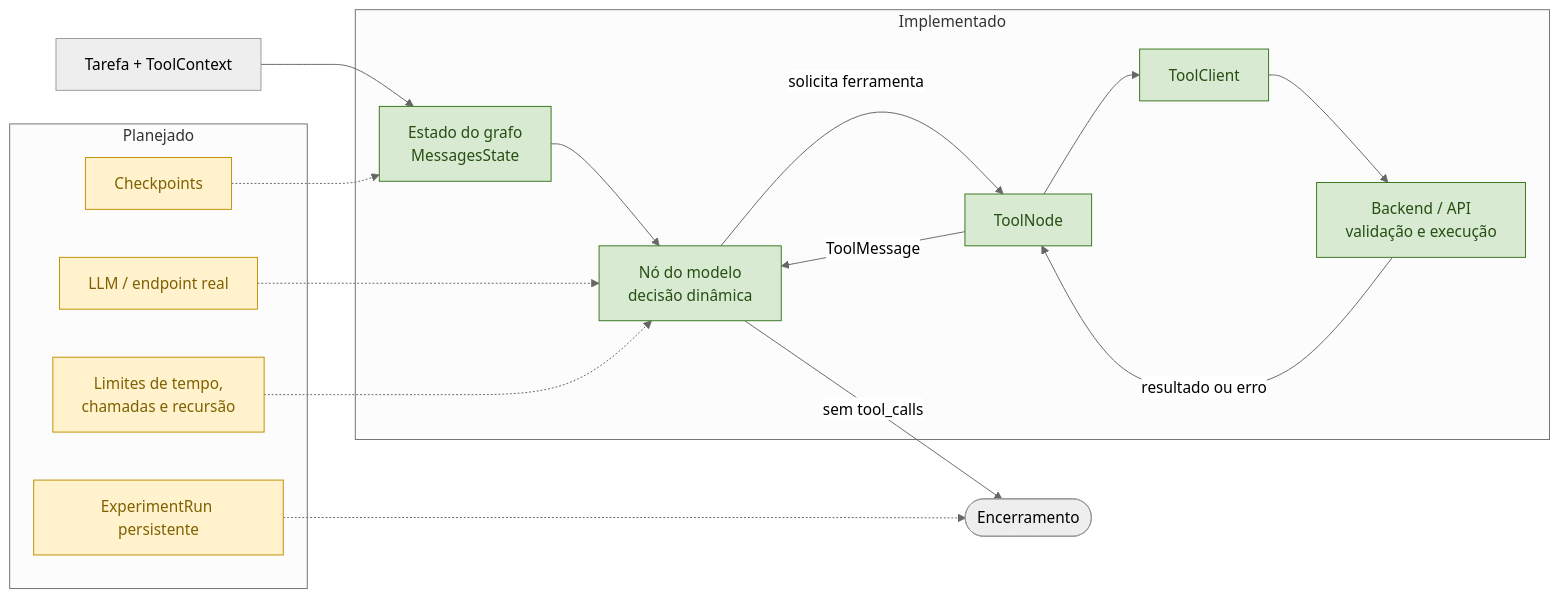
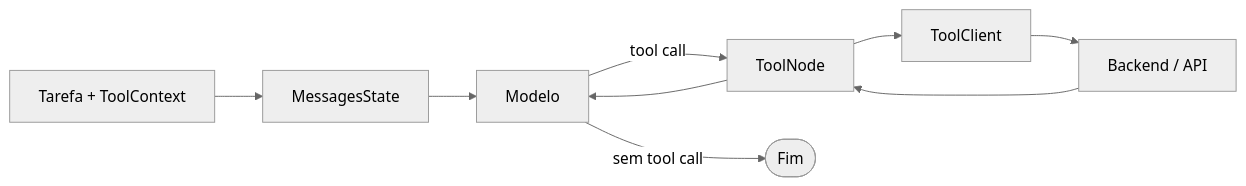
One commit to CIIA-DF/benchmark-ciia-hermes changed the diagram in agents/langgraph/README.md. Above: the diagram before and after it, drawn with Mermaid (neutral theme). The commit also changed other lines of this file, not shown here.

````diff
--- a/agents/langgraph/README.md
+++ b/agents/langgraph/README.md
@@ -12,36 +7,10 @@
 ```mermaid
 flowchart LR
-    T["Tarefa + ToolContext"] --> S["Estado do grafo<br/>MessagesState"]
-    S --> M["Nó do modelo<br/>decisão dinâmica"]
-    M -->|"solicita ferramenta"| TN["ToolNode"]
-    TN --> TC["ToolClient"]
-    TC --> B["Backend / API<br/>validação e execução"]
-    B -->|"resultado ou erro"| TN
-    TN -->|"ToolMessage"| M
-    M -->|"sem tool_calls"| E(["Encerramento"])
-
-    subgraph FEITO["Implementado"]
-        S
-        M
-        TN
-        TC
-        B
-    end
-
-    subgraph PLANEJADO["Planejado"]
-        L["LLM / endpoint real"]
-        CP["Checkpoints"]
-        LIM["Limites de tempo,<br/>chamadas e recursão"]
-        ER["ExperimentRun persistente"]
-    end
-
-    L -.-> M
-    CP -.-> S
-    LIM -.-> M
-    ER -.-> E
-
-    classDef feito fill:#d9ead3,stroke:#38761d,color:#274e13
-    classDef planejado fill:#fff2cc,stroke:#bf9000,color:#7f6000
-    class S,M,TN,TC,B feito
-    class L,CP,LIM,ER planejado
+    T["Tarefa + ToolContext"] --> S["MessagesState"]
+    S --> M["Modelo"]
+    M -->|"tool call"| TN["ToolNode"]
+    TN --> TC["ToolClient"] --> B["Backend / API"]
+    B --> TN
+    TN --> M
+    M -->|"sem tool call"| E(["Fim"])
 ```
````
